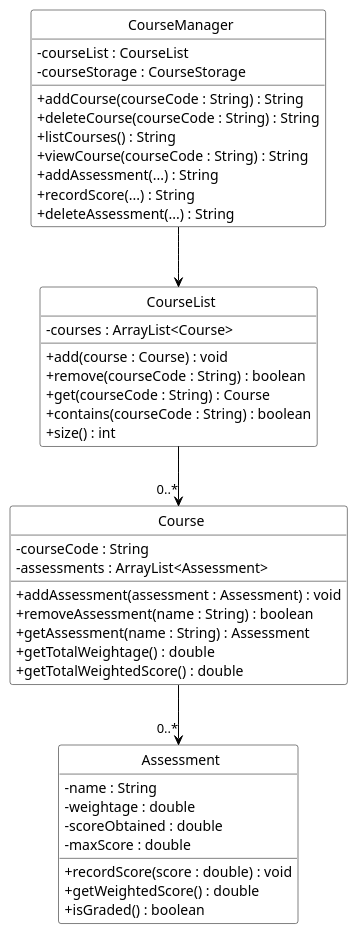
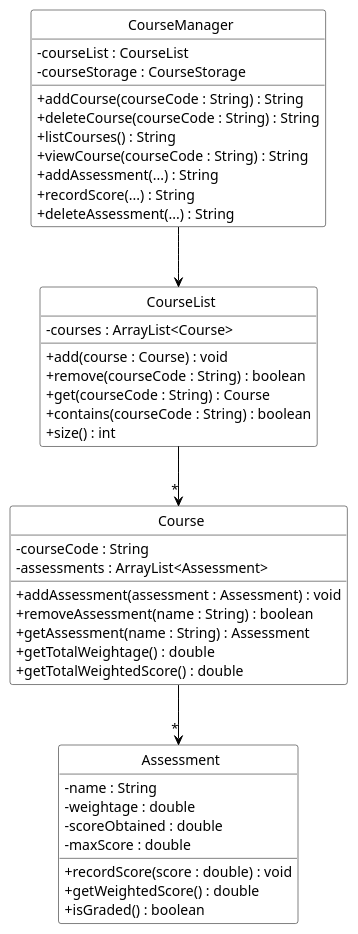
The diagram in docs/puml/CourseClassDiagram.puml (AY2526S2-CS2113-T14-3/tp), drawn with PlantUML before and after one commit. The commit also changed 12 other files, not shown here.

```diff
--- a/docs/puml/CourseClassDiagram.puml
+++ b/docs/puml/CourseClassDiagram.puml
@@ -1,56 +1,56 @@
 @startuml
 skinparam classAttributeIconSize 0
 skinparam CircledCharacterFontSize 0
 skinparam CircledCharacterRadius 0
 skinparam class {
     BackgroundColor White
     BorderColor Black
     ArrowColor Black
 }
 
 class "CourseManager" as CourseManager {
     - courseList : CourseList
     - courseStorage : CourseStorage
     + addCourse(courseCode : String) : String
     + deleteCourse(courseCode : String) : String
     + listCourses() : String
     + viewCourse(courseCode : String) : String
     + addAssessment(...) : String
     + recordScore(...) : String
     + deleteAssessment(...) : String
 }
 
 class "CourseList" as CourseList {
     - courses : ArrayList<Course>
     + add(course : Course) : void
     + remove(courseCode : String) : boolean
     + get(courseCode : String) : Course
     + contains(courseCode : String) : boolean
     + size() : int
 }
 
 class "Course" as Course {
     - courseCode : String
     - assessments : ArrayList<Assessment>
     + addAssessment(assessment : Assessment) : void
     + removeAssessment(name : String) : boolean
     + getAssessment(name : String) : Assessment
     + getTotalWeightage() : double
     + getTotalWeightedScore() : double
 }
 
 class "Assessment" as Assessment {
     - name : String
     - weightage : double
     - scoreObtained : double
     - maxScore : double
     + recordScore(score : double) : void
     + getWeightedScore() : double
     + isGraded() : boolean
 }
 
 CourseManager --> CourseList
-CourseList --> "0..*" Course
-Course --> "0..*" Assessment
+CourseList --> "*" Course
+Course --> "*" Assessment
 
 @enduml
```
